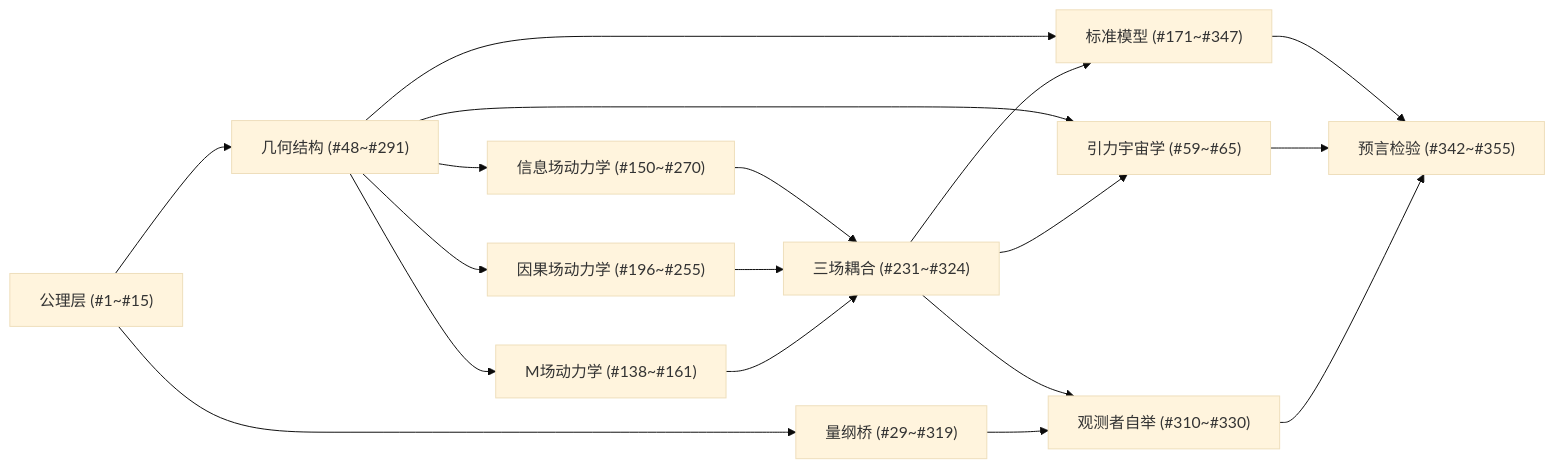
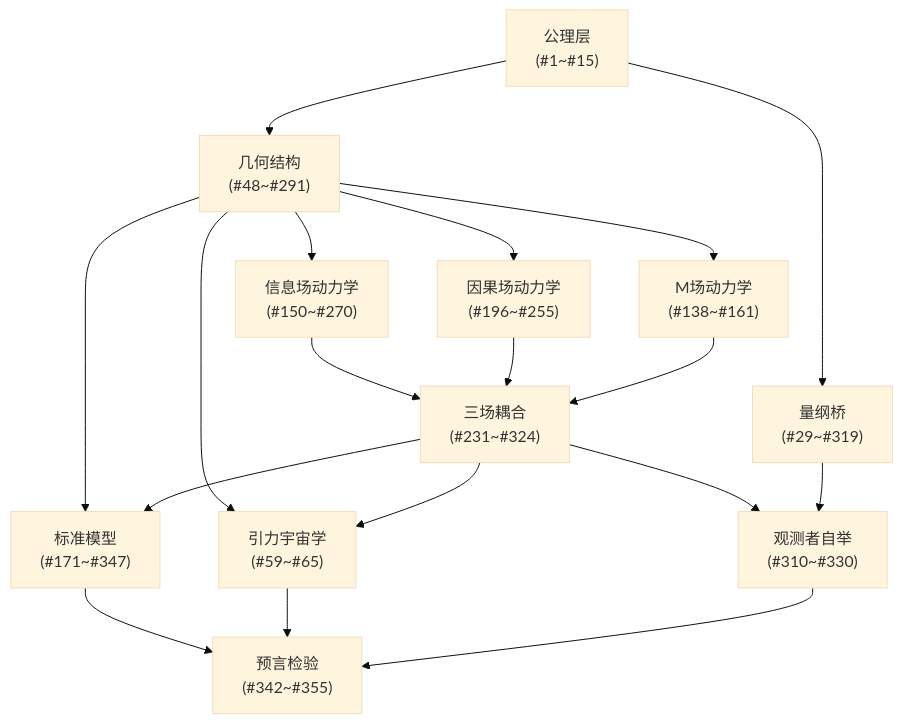
The diagram in app/articles/GT-Vault/00_MasterTheoremIndex.md (sdoygb/geometry-ai-server), drawn with Mermaid (base theme) before and after one commit.

Commit message:
AI修改: GT-Vault/00_MasterTheoremIndex.md (213行)

````diff
--- a/app/articles/GT-Vault/00_MasterTheoremIndex.md
+++ b/app/articles/GT-Vault/00_MasterTheoremIndex.md
@@ -195,13 +195,13 @@
 ```mermaid
-flowchart LR
-    A["公理层 (#1~#15)"] --> B["几何结构 (#48~#291)"]
-    A --> C["量纲桥 (#29~#319)"]
-    B --> D["信息场动力学 (#150~#270)"]
-    B --> E["因果场动力学 (#196~#255)"]
-    B --> F["M场动力学 (#138~#161)"]
-    D & E & F --> G["三场耦合 (#231~#324)"]
-    B & G --> H["标准模型 (#171~#347)"]
-    B & G --> I["引力宇宙学 (#59~#65)"]
-    G & C --> J["观测者自举 (#310~#330)"]
-    H & I & J --> K["预言检验 (#342~#355)"]
+flowchart TD
+    A["公理层\n(#1~#15)"] --> B["几何结构\n(#48~#291)"]
+    A --> C["量纲桥\n(#29~#319)"]
+    B --> D["信息场动力学\n(#150~#270)"]
+    B --> E["因果场动力学\n(#196~#255)"]
+    B --> F["M场动力学\n(#138~#161)"]
+    D & E & F --> G["三场耦合\n(#231~#324)"]
+    B & G --> H["标准模型\n(#171~#347)"]
+    B & G --> I["引力宇宙学\n(#59~#65)"]
+    G & C --> J["观测者自举\n(#310~#330)"]
+    H & I & J --> K["预言检验\n(#342~#355)"]
 ```
````
